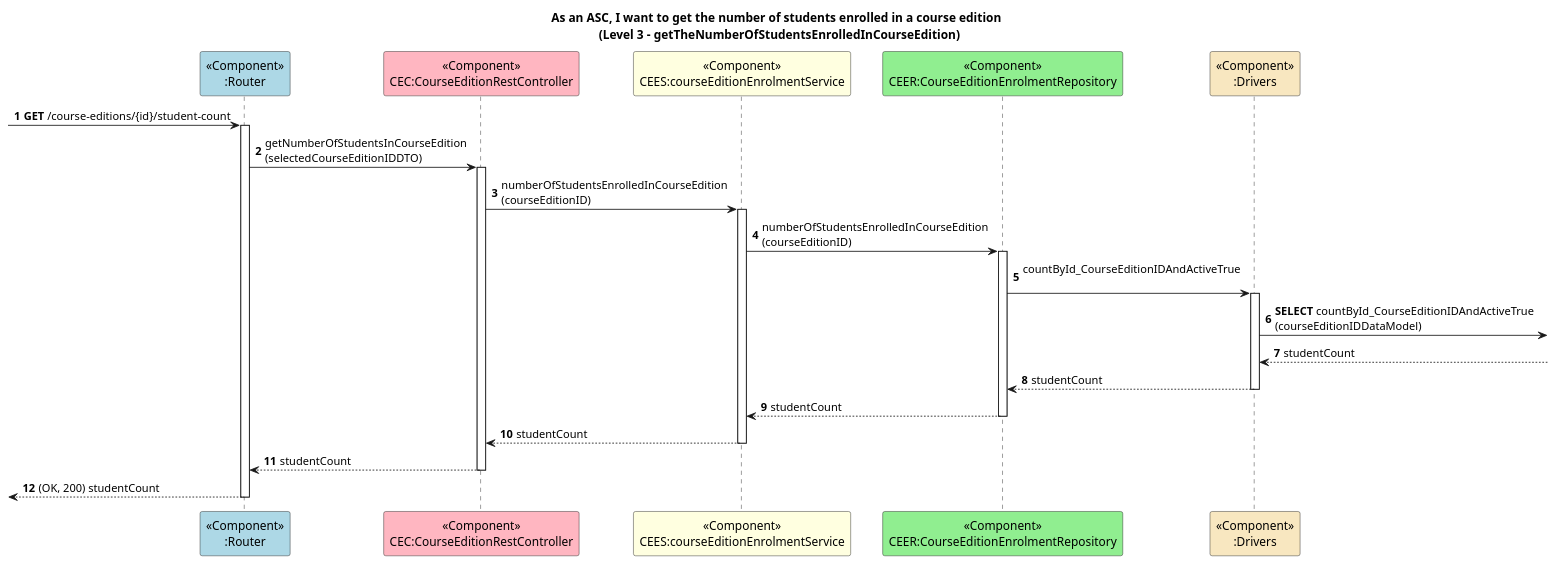
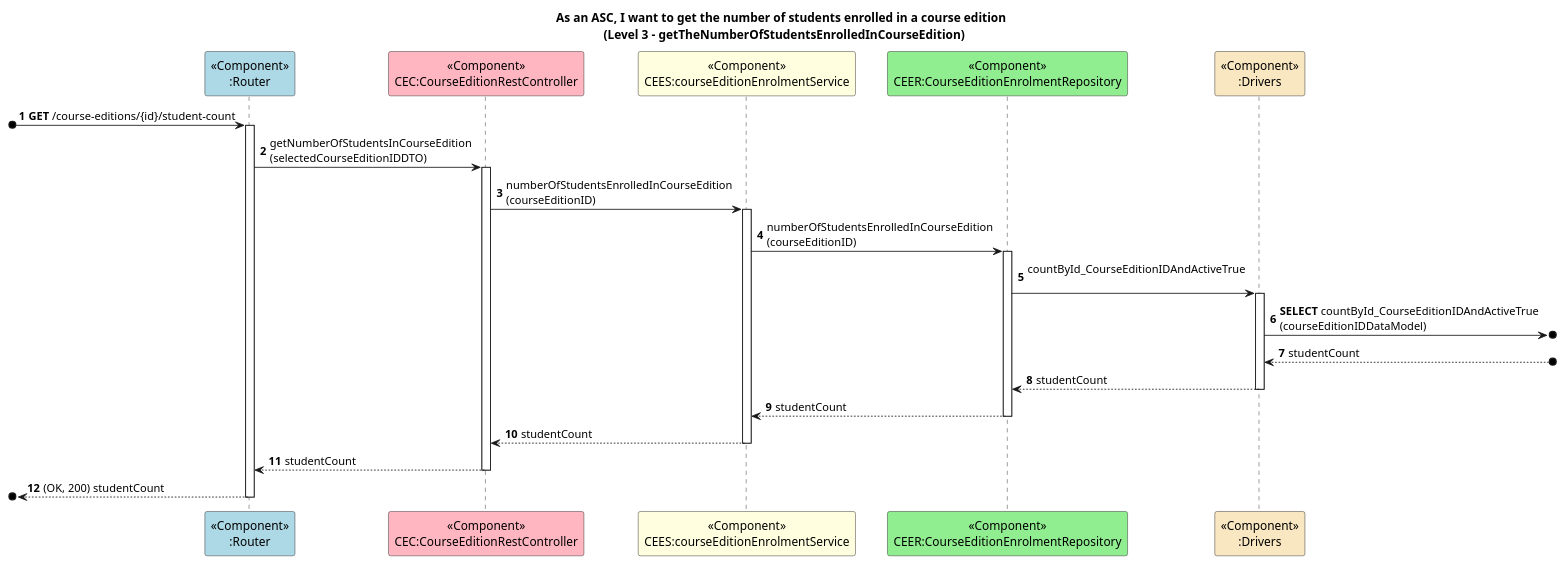
The diagram in docs/US36/ProcessView/Level3-getTheNumberOfStudentsEnroledInCourseEdition.puml (GasparISEP/DevOps-PAI), drawn with PlantUML before and after one commit. The commit also changed 5 other files, not shown here.

Commit message:
Ref #652, #658: Refactor Process View and Scenario View diagrams to use o] notation for external interactions

```diff
--- a/docs/US36/ProcessView/Level3-getTheNumberOfStudentsEnroledInCourseEdition.puml
+++ b/docs/US36/ProcessView/Level3-getTheNumberOfStudentsEnroledInCourseEdition.puml
@@ -1,26 +1,26 @@
 @startuml
 
 autonumber
 
 title As an ASC, I want to get the number of students enrolled in a course edition \n (Level 3 - getTheNumberOfStudentsEnrolledInCourseEdition)
 
 participant "<<Component>>\n:Router" as Router #lightblue
 participant "<<Component>>\nCEC:CourseEditionRestController" as C #lightpink
 participant "<<Component>>\nCEES:courseEditionEnrolmentService" as S #lightyellow
 participant "<<Component>>\nCEER:CourseEditionEnrolmentRepository" as R #lightgreen
 participant "<<Component>>\n:Drivers" as D #strategy
 
--> Router ++: **GET** /course-editions/{id}/student-count
+[o-> Router ++: **GET** /course-editions/{id}/student-count
 Router -> C ++: getNumberOfStudentsInCourseEdition\n(selectedCourseEditionIDDTO)
 C -> S ++: numberOfStudentsEnrolledInCourseEdition\n(courseEditionID)
 S -> R ++: numberOfStudentsEnrolledInCourseEdition\n(courseEditionID)
 R -> D ++: countById_CourseEditionIDAndActiveTrue\n
-D -> : **SELECT** countById_CourseEditionIDAndActiveTrue\n(courseEditionIDDataModel)
-D <--: studentCount
+D ->o] : **SELECT** countById_CourseEditionIDAndActiveTrue\n(courseEditionIDDataModel)
+D <--o]: studentCount
 D --> R --: studentCount
 R --> S --: studentCount
 S --> C --: studentCount
 C --> Router --: studentCount
- <-- Router --:(OK, 200) studentCount
+[o<-- Router --:(OK, 200) studentCount
 
 @enduml
```
